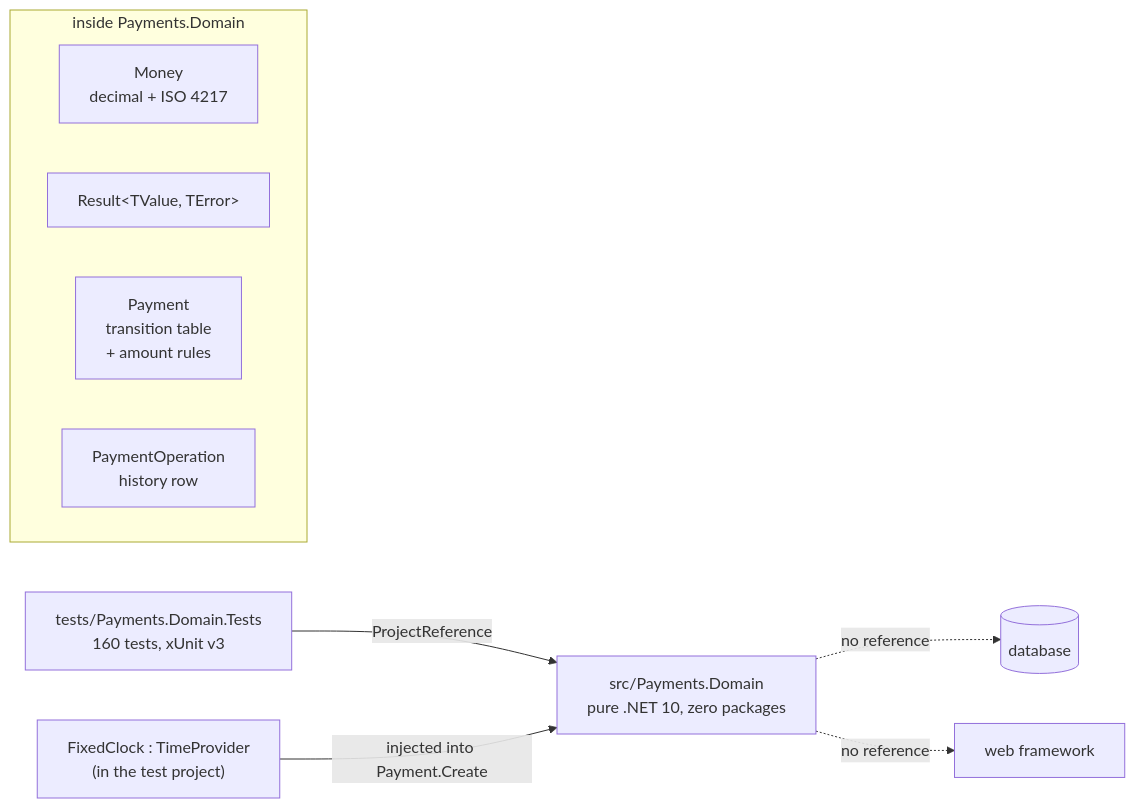
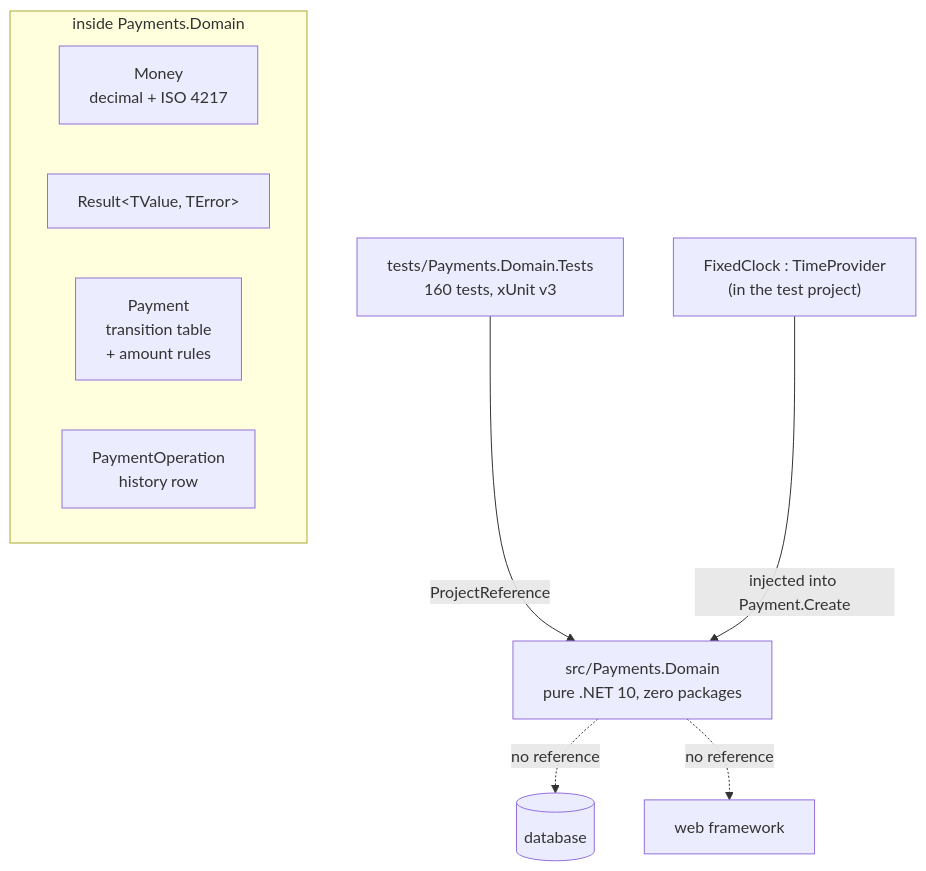
The diagram in labs/01-payment-state-machine/WORKBENCH.md (BaiGanio/agent-ready-payments), drawn with Mermaid before and after one commit. The commit also changed 17 other files, not shown here.

Commit message:
docs(repo): draw every flowchart top-down and ban semicolons in diagrams

````diff
--- a/labs/01-payment-state-machine/WORKBENCH.md
+++ b/labs/01-payment-state-machine/WORKBENCH.md
@@ -15,15 +15,15 @@
 ```mermaid
-flowchart LR
+flowchart TD
     T["tests/Payments.Domain.Tests<br/>160 tests, xUnit v3"] -->|"ProjectReference"| D["src/Payments.Domain<br/>pure .NET 10, zero packages"]
     C["FixedClock : TimeProvider<br/>(in the test project)"] -->|"injected into Payment.Create"| D
     D -.->|"no reference"| DB[("database")]
     D -.->|"no reference"| API["web framework"]
 
     subgraph D2["inside Payments.Domain"]
         direction LR
         M["Money<br/>decimal + ISO 4217"]
         R["Result&lt;TValue, TError&gt;"]
         P["Payment<br/>transition table<br/>+ amount rules"]
         O["PaymentOperation<br/>history row"]
     end
 ```
````
